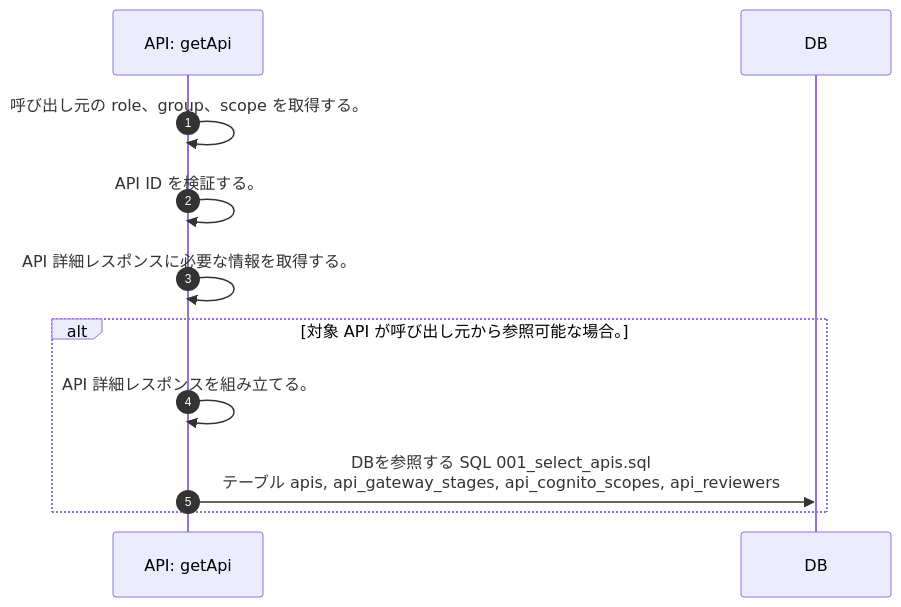
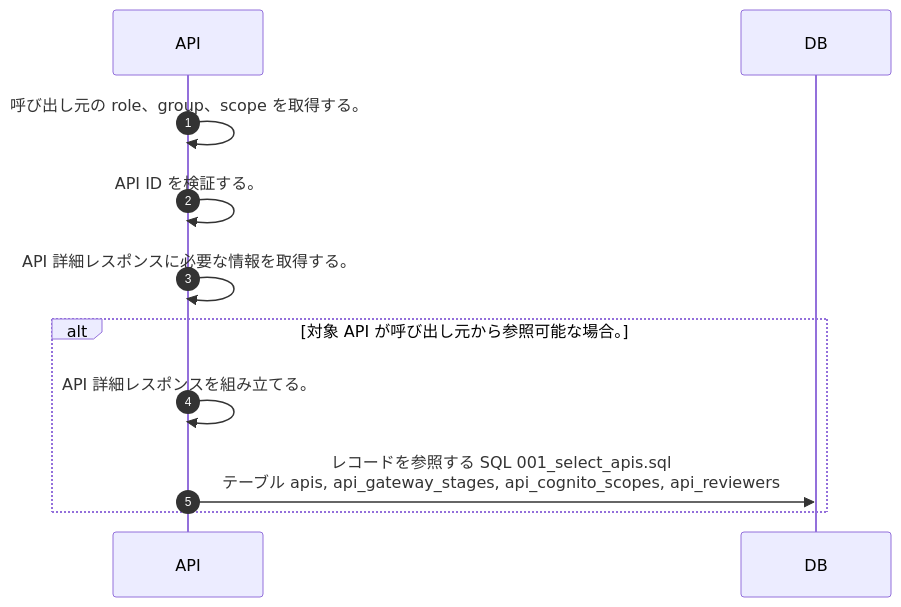
The diagram in docs/spec/40.apis/apis/get_api/sequence_gen.md (tsuji-tomonori/lazunex), drawn with Mermaid before and after one commit. The commit also changed 15 other files, not shown here.

First line of the commit message:
🐛 fix(api): sequenceのAPI名とDB操作表現を修正

````diff
--- a/docs/spec/40.apis/apis/get_api/sequence_gen.md
+++ b/docs/spec/40.apis/apis/get_api/sequence_gen.md
@@ -5,13 +5,13 @@
 ```mermaid
 sequenceDiagram
   autonumber
-  participant API as API: getApi
+  participant API as API
   participant DB as DB
   API->>API: 呼び出し元の role、group、scope を取得する。
   API->>API: API ID を検証する。
   API->>API: API 詳細レスポンスに必要な情報を取得する。
   alt 対象 API が呼び出し元から参照可能な場合。
     API->>API: API 詳細レスポンスを組み立てる。
-    API->>DB: DBを参照する SQL 001_select_apis.sql<br/>テーブル apis, api_gateway_stages, api_cognito_scopes, api_reviewers
+    API->>DB: レコードを参照する SQL 001_select_apis.sql<br/>テーブル apis, api_gateway_stages, api_cognito_scopes, api_reviewers
   end
 ```
````
